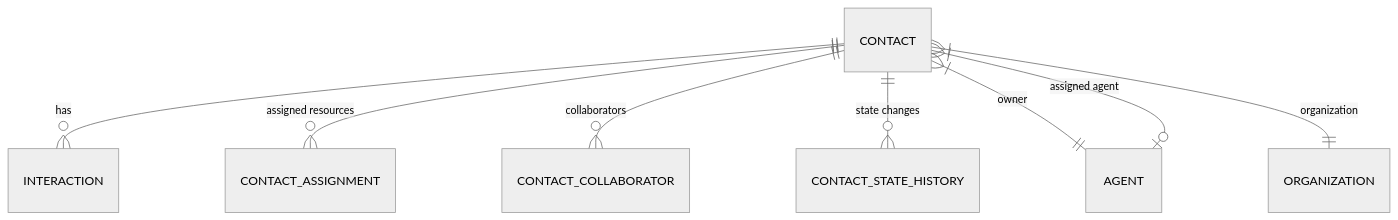
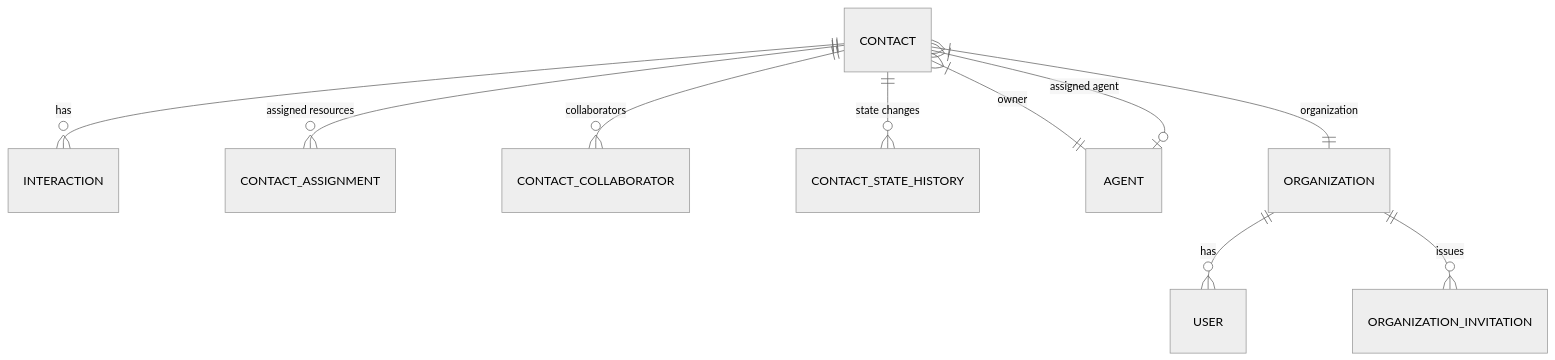
The first of 2 diagrams in docs/reference/AppDbContextSchema.md (rhfdls/emma-clean), drawn with Mermaid (neutral theme) before and after one commit. The commit also changed other lines of this file and 63 other files, not shown here.

````diff
--- a/docs/reference/AppDbContextSchema.md
+++ b/docs/reference/AppDbContextSchema.md
@@ -105,10 +126,12 @@
 ```mermaid
 erDiagram
     CONTACT ||--o{ INTERACTION : has
     CONTACT ||--o{ CONTACT_ASSIGNMENT : "assigned resources"
     CONTACT ||--o{ CONTACT_COLLABORATOR : "collaborators"
     CONTACT ||--o{ CONTACT_STATE_HISTORY : "state changes"
     CONTACT }|--|| AGENT : "owner"
     CONTACT }|--o| AGENT : "assigned agent"
     CONTACT }|--|| ORGANIZATION : "organization"
+    ORGANIZATION ||--o{ USER : has
+    ORGANIZATION ||--o{ ORGANIZATION_INVITATION : issues
 ```
````
